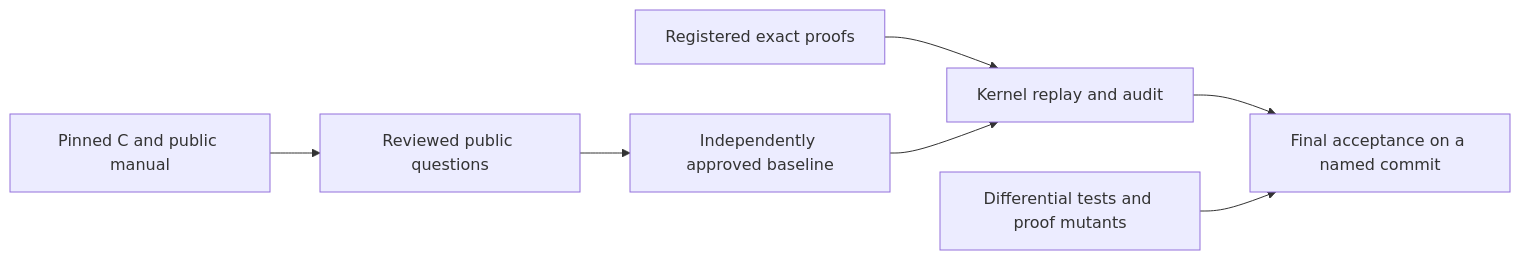
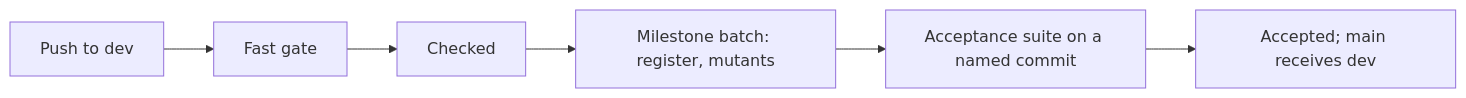
The diagram in docs/checking/README.md (cla7aye15I4nd/zlib-f), drawn with Mermaid before and after one commit. The commit also changed other lines of this file and 851 other files, not shown here.

````diff
--- a/docs/checking/README.md
+++ b/docs/checking/README.md
@@ -31,9 +25,8 @@
 ```mermaid
 flowchart LR
-    H["Pinned C and public manual"] --> Q["Reviewed public questions"]
-    Q --> B["Independently approved baseline"]
-    P["Registered exact proofs"] --> K["Kernel replay and audit"]
-    B --> K
-    K --> F["Final acceptance on a named commit"]
-    T["Differential tests and proof mutants"] --> F
+    P["Push to dev"] --> G["Fast gate"]
+    G --> C["Checked"]
+    C --> M["Milestone batch: register, mutants"]
+    M --> A["Acceptance suite on a named commit"]
+    A --> R["Accepted; main receives dev"]
 ```
````
